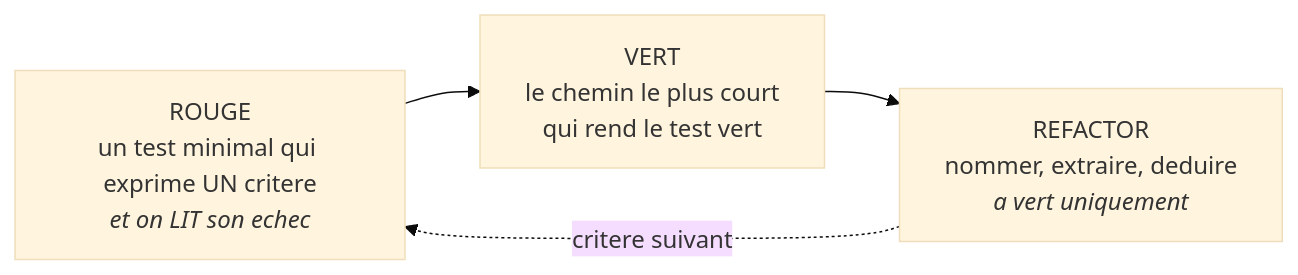
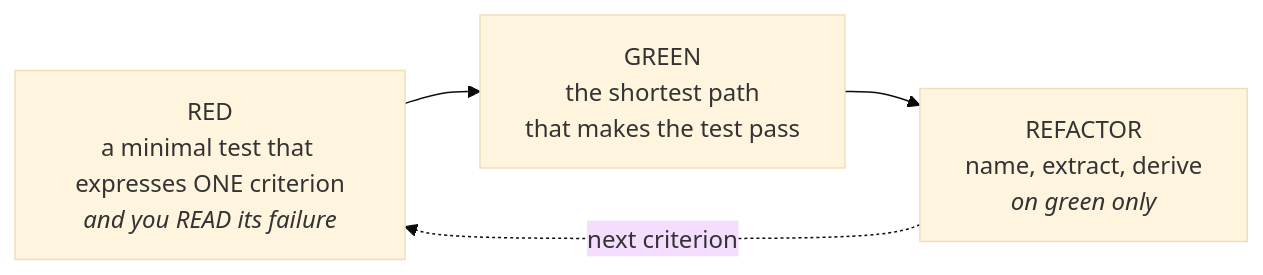
Before and after one commit to MasterLaplace/LplCraftSkills: the diagram in skills/tests-first/SKILL.md, drawn with Mermaid (base theme). The commit also changed 16 other files, not shown here.

First line of the commit message:
docs: Mermaid diagram text moves to English, the prose stays French

````diff
--- a/skills/tests-first/SKILL.md
+++ b/skills/tests-first/SKILL.md
@@ -43,8 +43,8 @@
 ```mermaid
 flowchart LR
-  R["ROUGE<br/>un test minimal qui exprime UN critere<br/><i>et on LIT son echec</i>"]
-  V["VERT<br/>le chemin le plus court<br/>qui rend le test vert"]
-  F["REFACTOR<br/>nommer, extraire, deduire<br/><i>a vert uniquement</i>"]
+  R["RED<br/>a minimal test that expresses ONE criterion<br/><i>and you READ its failure</i>"]
+  V["GREEN<br/>the shortest path<br/>that makes the test pass"]
+  F["REFACTOR<br/>name, extract, derive<br/><i>on green only</i>"]
   R --> V --> F
-  F -.->|"critere suivant"| R
+  F -.->|"next criterion"| R
 ```
````
